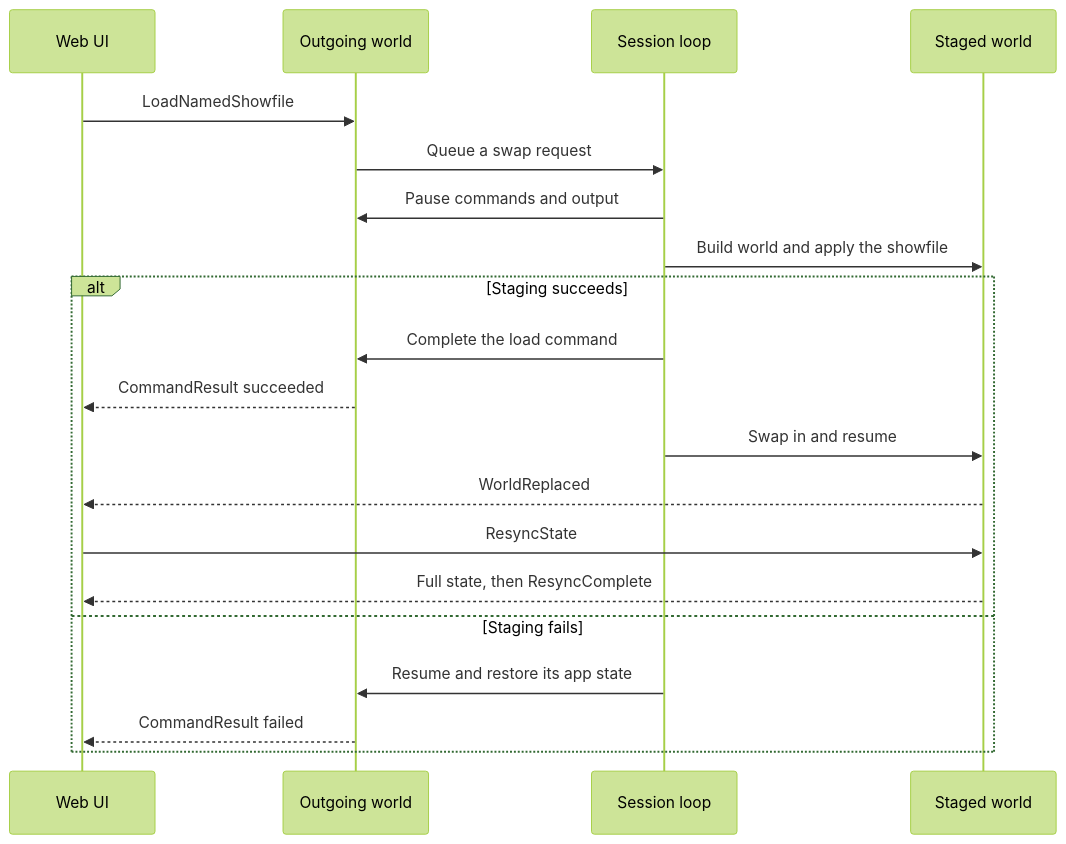
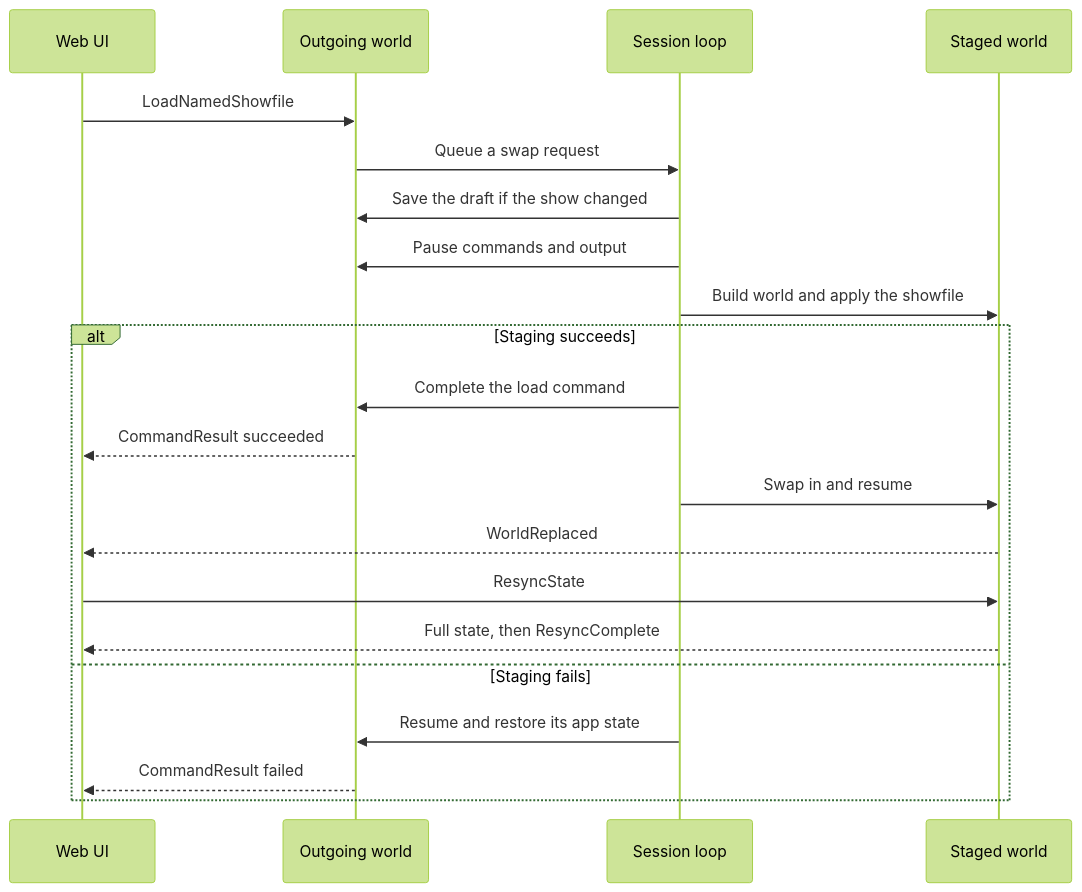
Before and after one commit to stewartadam/nightfall-lightdesk: the third of 3 diagrams in docs/internal/src/architecture/showfiles.md, drawn with Mermaid (forest theme). The commit also changed other lines of this file and 10 other files, not shown here.

````diff
--- a/docs/internal/src/architecture/showfiles.md
+++ b/docs/internal/src/architecture/showfiles.md
@@ -175,24 +181,25 @@
 ```mermaid
 sequenceDiagram
   accTitle: Loading a show through a world swap
-  accDescr: The web UI sends a load command. The outgoing world queues a swap request. After the frame, the session loop pauses the outgoing world and stages a new world from the showfile. If staging succeeds, the loop completes the command, swaps the worlds, and the new world sends WorldReplaced. The UI then resyncs. If staging fails, the loop resumes the outgoing world and fails the command.
+  accDescr: The web UI sends a load command. The outgoing world queues a swap request. After the frame, the session loop saves the outgoing world's draft, pauses the outgoing world, and stages a new world from the showfile. If staging succeeds, the loop completes the command, swaps the worlds, and the new world sends WorldReplaced. The UI then resyncs. If staging fails, the loop resumes the outgoing world and fails the command.
   participant UI as Web UI
   participant Old as Outgoing world
   participant Session as Session loop
   participant New as Staged world
   UI->>Old: LoadNamedShowfile
   Old->>Session: Queue a swap request
+  Session->>Old: Save the draft if the show changed
   Session->>Old: Pause commands and output
   Session->>New: Build world and apply the showfile
   alt Staging succeeds
     Session->>Old: Complete the load command
     Old-->>UI: CommandResult succeeded
     Session->>New: Swap in and resume
     New-->>UI: WorldReplaced
     UI->>New: ResyncState
     New-->>UI: Full state, then ResyncComplete
   else Staging fails
     Session->>Old: Resume and restore its app state
     Old-->>UI: CommandResult failed
   end
 ```
````
